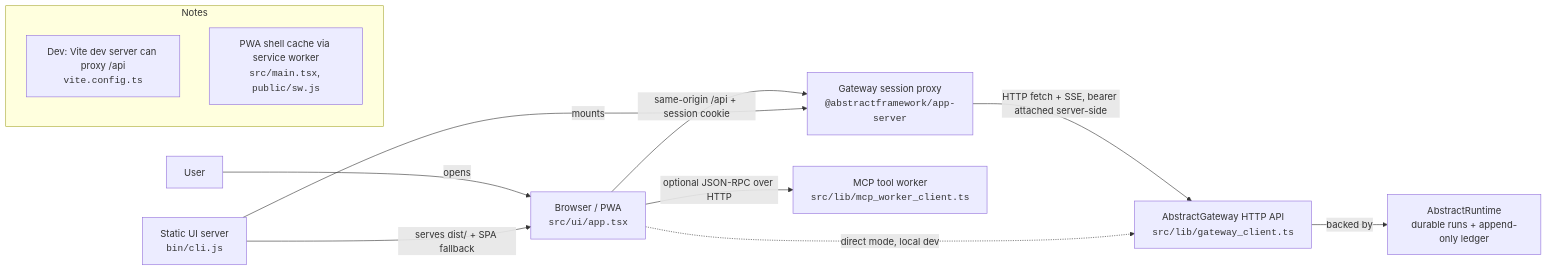
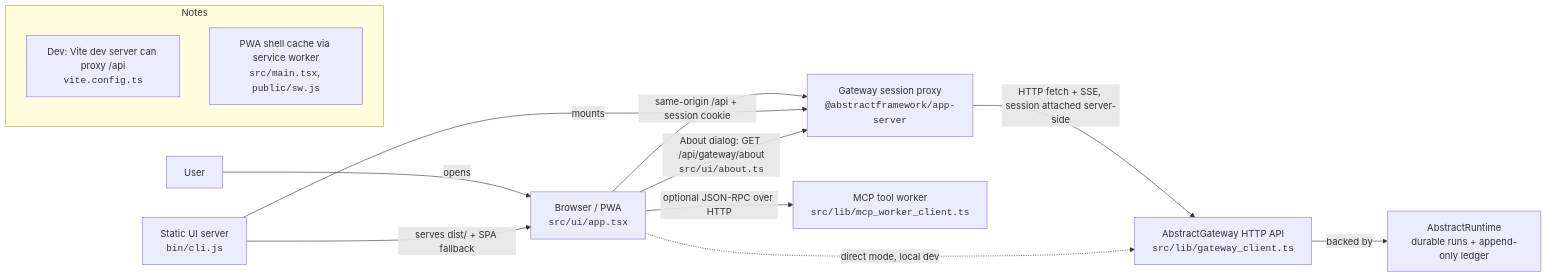
The first of 2 diagrams in docs/architecture.md (lpalbou/AbstractObserver), drawn with Mermaid before and after one commit. The commit also changed other lines of this file and 11 other files, not shown here.

````diff
--- a/docs/architecture.md
+++ b/docs/architecture.md
@@ -21,16 +21,17 @@
 ```mermaid
 flowchart LR
   U[User] -->|opens| B[Browser / PWA<br/><code>src/ui/app.tsx</code>]
   S[Static UI server<br/><code>bin/cli.js</code>] -->|serves dist/ + SPA fallback| B
   B -->|same-origin /api + session cookie| P[Gateway session proxy<br/><code>@abstractframework/app-server</code>]
   S -->|mounts| P
-  P -->|HTTP fetch + SSE, bearer attached server-side| G[AbstractGateway HTTP API<br/><code>src/lib/gateway_client.ts</code>]
+  P -->|HTTP fetch + SSE, session attached server-side| G[AbstractGateway HTTP API<br/><code>src/lib/gateway_client.ts</code>]
+  B -->|About dialog: GET /api/gateway/about<br/><code>src/ui/about.ts</code>| P
   B -.->|direct mode, local dev| G
   G -->|backed by| R[AbstractRuntime<br/>durable runs + append-only ledger]
   B -->|optional JSON-RPC over HTTP| W[MCP tool worker<br/><code>src/lib/mcp_worker_client.ts</code>]
 
   subgraph Notes[Notes]
     N1[Dev: Vite dev server can proxy /api<br/><code>vite.config.ts</code>]
     N2[PWA shell cache via service worker<br/><code>src/main.tsx</code>, <code>public/sw.js</code>]
   end
 ```
````
